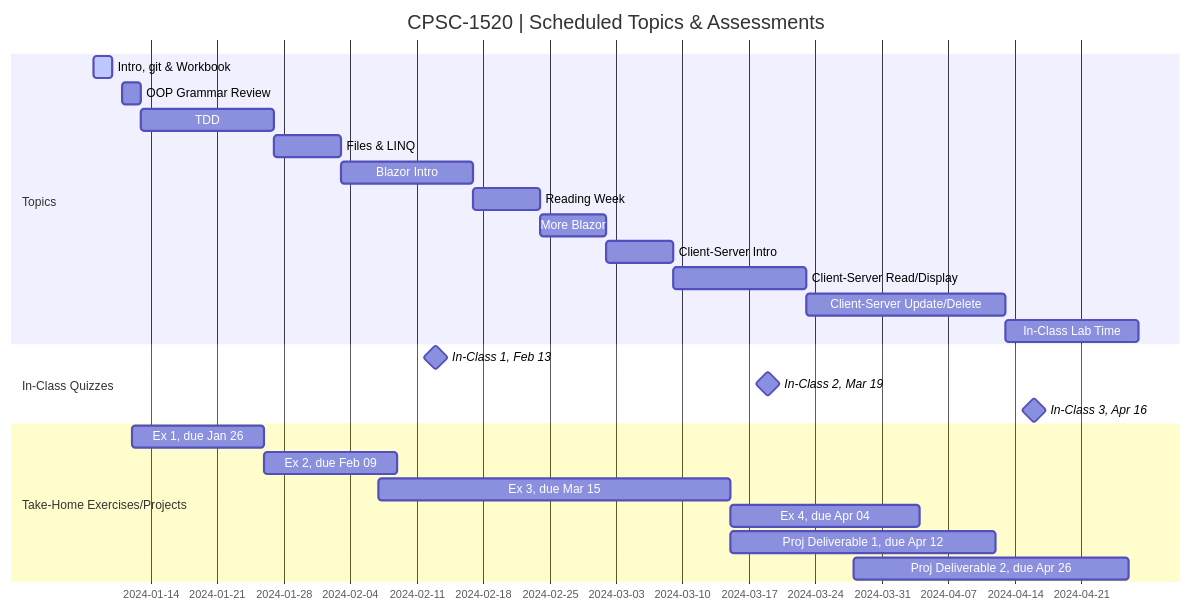
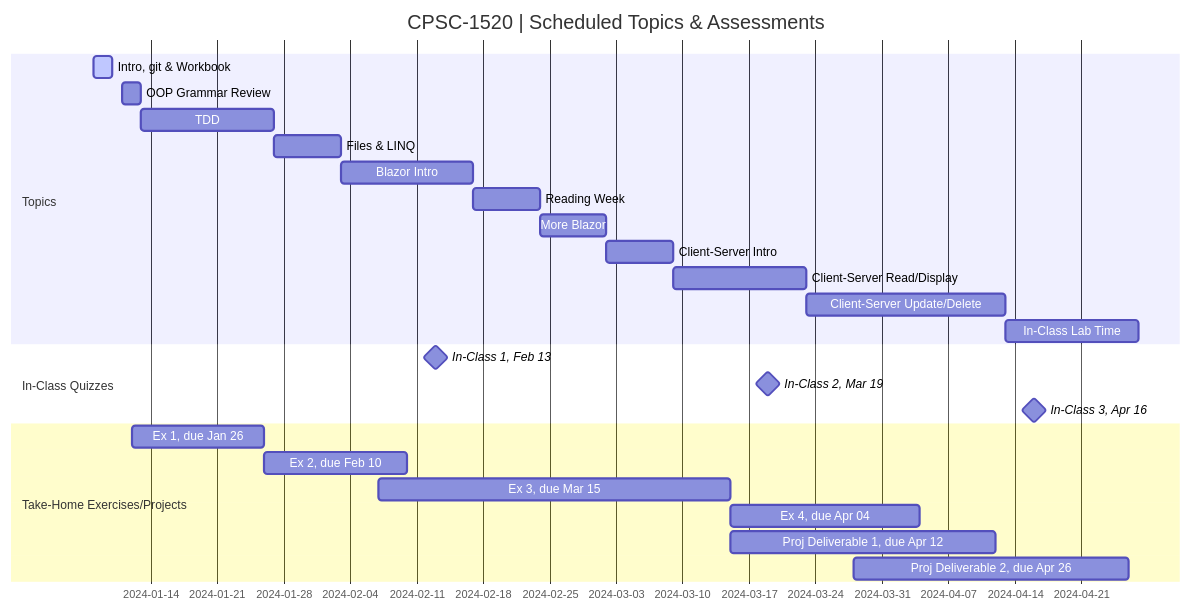
One commit to CPSC-1517/cpsc-1517-workbook-jan2024-a02-dgilleland changed the diagram in README.md. Above: the diagram before and after it, drawn with Mermaid.

Commit message:
Update schedule for Exercise 2

````diff
--- a/README.md
+++ b/README.md
@@ -9,37 +9,37 @@
 ```mermaid
 gantt
     dateFormat  YYYY-MM-DD
     title       CPSC-1520 | Scheduled Topics & Assessments
     %% excludes    weekends
     %% (`excludes` accepts specific dates in YYYY-MM-DD format, days of the week ("sunday") or "weekends", but not the word "weekdays".)
 
     section Topics
     %% done - for finished tasks
     %% active - for current tasks
     %% crit - for red outline/background
     Intro, git & Workbook     :active,  part0, 2024-01-08, 2024-01-10
     OOP Grammar Review       :         part1, 2024-01-11, 2d
     TDD      :         part2, after part1, 14d
     Files & LINQ          :         part3, after part2, 7d
     Blazor Intro          :         part4, after part3, 14d
     Reading Week              :         break, after part4, 7d
     More Blazor          :         part5, after break, 7d
     Client-Server Intro :        part6, after part5, 7d
     Client-Server Read/Display :        part7, after part6, 14d
     Client-Server Update/Delete :       part8, after part7, 21d
     In-Class Lab Time :        part9, after part8, 14d
 
     section In-Class Quizzes
     In-Class 1, Feb 13 :  milestone, 2024-02-13, 0d
     In-Class 2, Mar 19 :  milestone, 2024-03-19, 0d
     In-Class 3, Apr 16 :  milestone, 2024-04-16, 0d
 
     section Take-Home Exercises/Projects
     Ex 1, due Jan 26 : 2024-01-12, 2024-01-26
-    Ex 2, due Feb 09 : 2024-01-26, 2024-02-09
+    Ex 2, due Feb 10 : 2024-01-26, 2024-02-10
     Ex 3, due Mar 15 : 2024-02-07, 2024-03-15
     Ex 4, due Apr 04 : 2024-03-15, 2024-04-04
     Proj Deliverable 1, due Apr 12 : 2024-03-15, 2024-04-12
     Proj Deliverable 2, due Apr 26 : 2024-03-28, 2024-04-26
 
 ```
````
